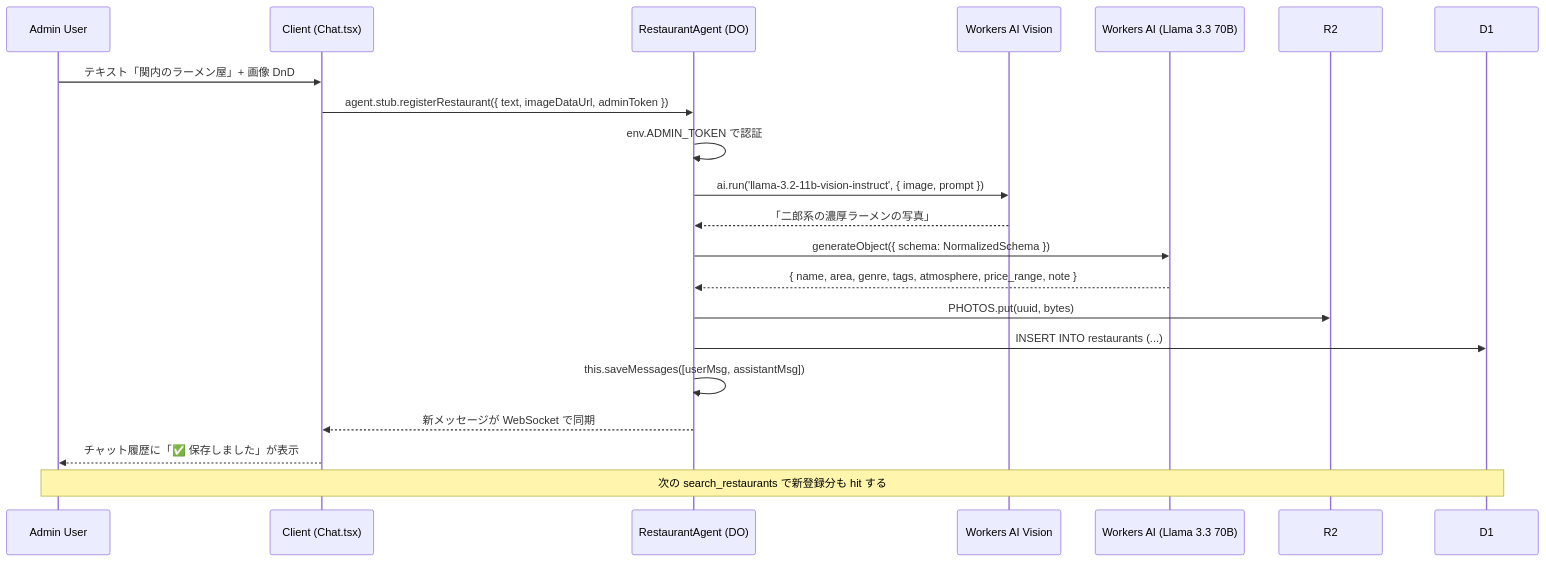
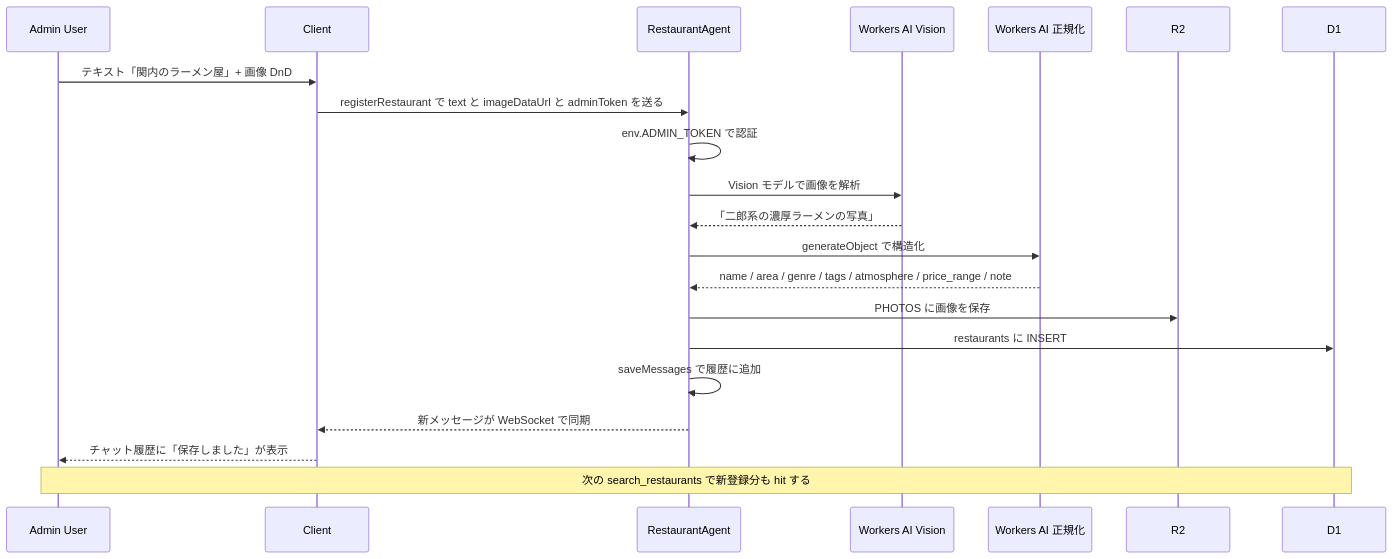
Before and after one commit to yusukebe/generative-ui-playground: the fifth of 5 diagrams in README.md, drawn with Mermaid.

Commit message:
fix(README): 登録フロー sequenceDiagram の syntax error を修正
mermaid の sequenceDiagram で participant 別名に括弧 (Client (Chat.tsx) など)
が入っているとパーサーが落ちる。別名から括弧を除き、メッセージ本文の
() / {} / [] も日本語の説明文に置き換えてレンダリングできるようにした。

````diff
--- a/README.md
+++ b/README.md
@@ -206,24 +206,24 @@
 ```mermaid
 sequenceDiagram
   participant U as Admin User
-  participant C as Client (Chat.tsx)
-  participant A as RestaurantAgent (DO)
+  participant C as Client
+  participant A as RestaurantAgent
   participant V as Workers AI Vision
-  participant N as Workers AI (Llama 3.3 70B)
+  participant N as Workers AI 正規化
   participant R as R2
   participant D as D1
 
   U->>C: テキスト「関内のラーメン屋」+ 画像 DnD
-  C->>A: agent.stub.registerRestaurant({ text, imageDataUrl, adminToken })
+  C->>A: registerRestaurant で text と imageDataUrl と adminToken を送る
   A->>A: env.ADMIN_TOKEN で認証
-  A->>V: ai.run('llama-3.2-11b-vision-instruct', { image, prompt })
+  A->>V: Vision モデルで画像を解析
   V-->>A: 「二郎系の濃厚ラーメンの写真」
-  A->>N: generateObject({ schema: NormalizedSchema })
-  N-->>A: { name, area, genre, tags, atmosphere, price_range, note }
-  A->>R: PHOTOS.put(uuid, bytes)
-  A->>D: INSERT INTO restaurants (...)
-  A->>A: this.saveMessages([userMsg, assistantMsg])
+  A->>N: generateObject で構造化
+  N-->>A: name / area / genre / tags / atmosphere / price_range / note
+  A->>R: PHOTOS に画像を保存
+  A->>D: restaurants に INSERT
+  A->>A: saveMessages で履歴に追加
   A-->>C: 新メッセージが WebSocket で同期
-  C-->>U: チャット履歴に「✅ 保存しました」が表示
+  C-->>U: チャット履歴に「保存しました」が表示
   Note over U,D: 次の search_restaurants で新登録分も hit する
 ```
````
